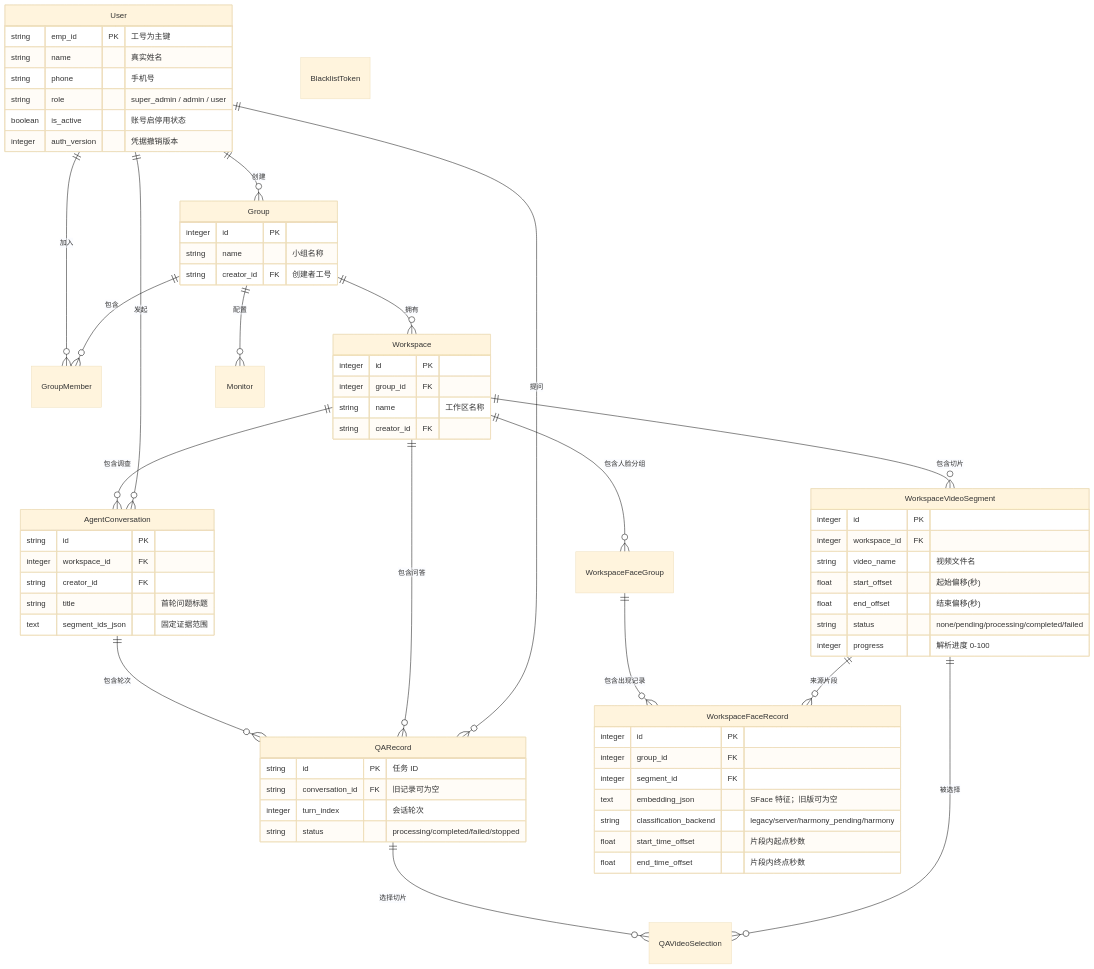
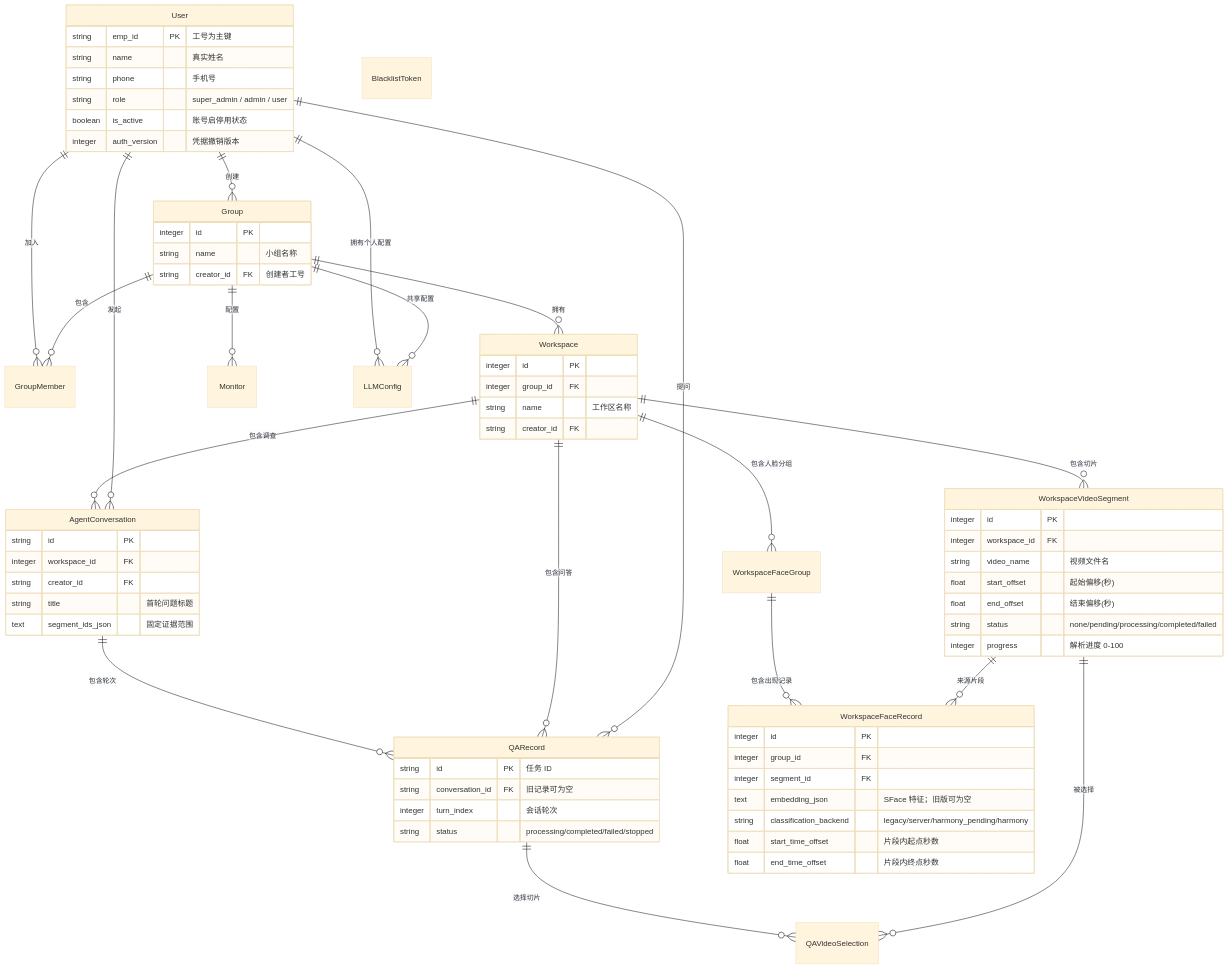
Before and after one commit to EmadowKy/pureyes-harmony: the diagram in docs/developer-guide/05-database-schema.md, drawn with Mermaid (base theme). The commit also changed other lines of this file and 15 other files, not shown here.

````diff
--- a/docs/developer-guide/05-database-schema.md
+++ b/docs/developer-guide/05-database-schema.md
@@ -9,77 +9,79 @@
 ```mermaid
 erDiagram
     User ||--o{ Group : "创建"
     User ||--o{ GroupMember : "加入"
     Group ||--o{ GroupMember : "包含"
     Group ||--o{ Workspace : "拥有"
     Group ||--o{ Monitor : "配置"
     Workspace ||--o{ WorkspaceVideoSegment : "包含切片"
     Workspace ||--o{ AgentConversation : "包含调查"
     AgentConversation ||--o{ QARecord : "包含轮次"
     Workspace ||--o{ QARecord : "包含问答"
     Workspace ||--o{ WorkspaceFaceGroup : "包含人脸分组"
     WorkspaceFaceGroup ||--o{ WorkspaceFaceRecord : "包含出现记录"
     WorkspaceVideoSegment ||--o{ WorkspaceFaceRecord : "来源片段"
     QARecord ||--o{ QAVideoSelection : "选择切片"
     WorkspaceVideoSegment ||--o{ QAVideoSelection : "被选择"
     User ||--o{ QARecord : "提问"
     User ||--o{ AgentConversation : "发起"
+    User ||--o{ LLMConfig : "拥有个人配置"
+    Group ||--o{ LLMConfig : "共享配置"
     BlacklistToken
 
     User {
         string emp_id PK "工号为主键"
         string name "真实姓名"
         string phone "手机号"
         string role "super_admin / admin / user"
         boolean is_active "账号启停用状态"
         integer auth_version "凭据撤销版本"
     }
 
     Group {
         integer id PK
         string name "小组名称"
         string creator_id FK "创建者工号"
     }
 
     Workspace {
         integer id PK
         integer group_id FK
         string name "工作区名称"
         string creator_id FK
     }
 
     WorkspaceVideoSegment {
         integer id PK
         integer workspace_id FK
         string video_name "视频文件名"
         float start_offset "起始偏移(秒)"
         float end_offset "结束偏移(秒)"
         string status "none/pending/processing/completed/failed"
         integer progress "解析进度 0-100"
     }
 
     WorkspaceFaceRecord {
         integer id PK
         integer group_id FK
         integer segment_id FK
         text embedding_json "SFace 特征；旧版可为空"
         string classification_backend "legacy/server/harmony_pending/harmony"
         float start_time_offset "片段内起点秒数"
         float end_time_offset "片段内终点秒数"
     }
 
     AgentConversation {
         string id PK
         integer workspace_id FK
         string creator_id FK
         string title "首轮问题标题"
         text segment_ids_json "固定证据范围"
     }
 
     QARecord {
         string id PK "任务 ID"
         string conversation_id FK "旧记录可为空"
         integer turn_index "会话轮次"
         string status "processing/completed/failed/stopped"
     }
 ```
````
